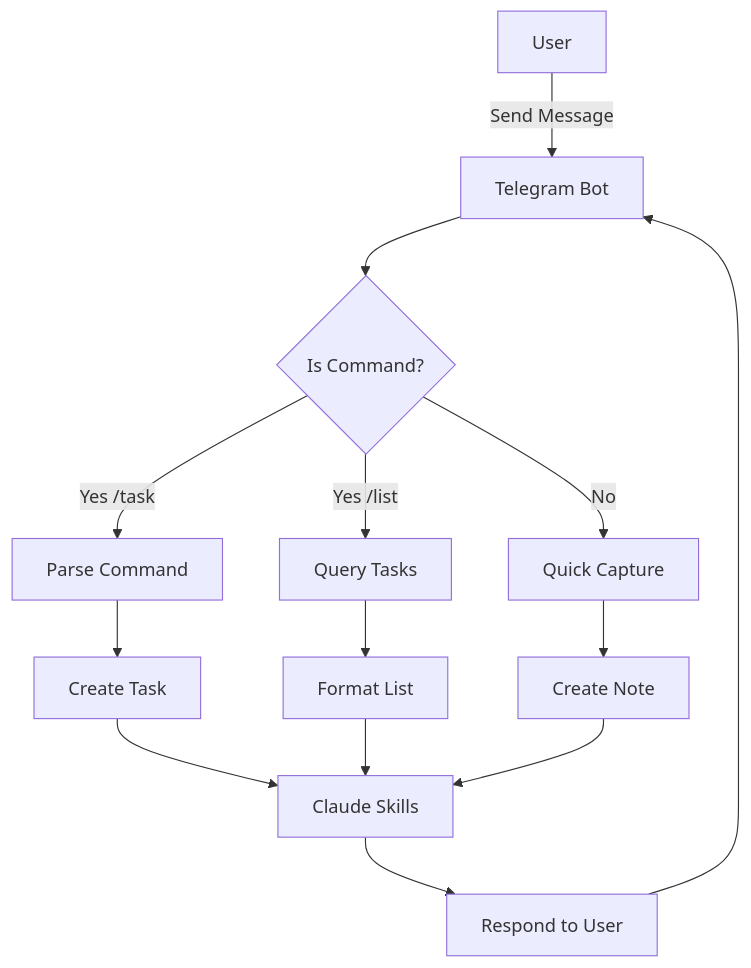
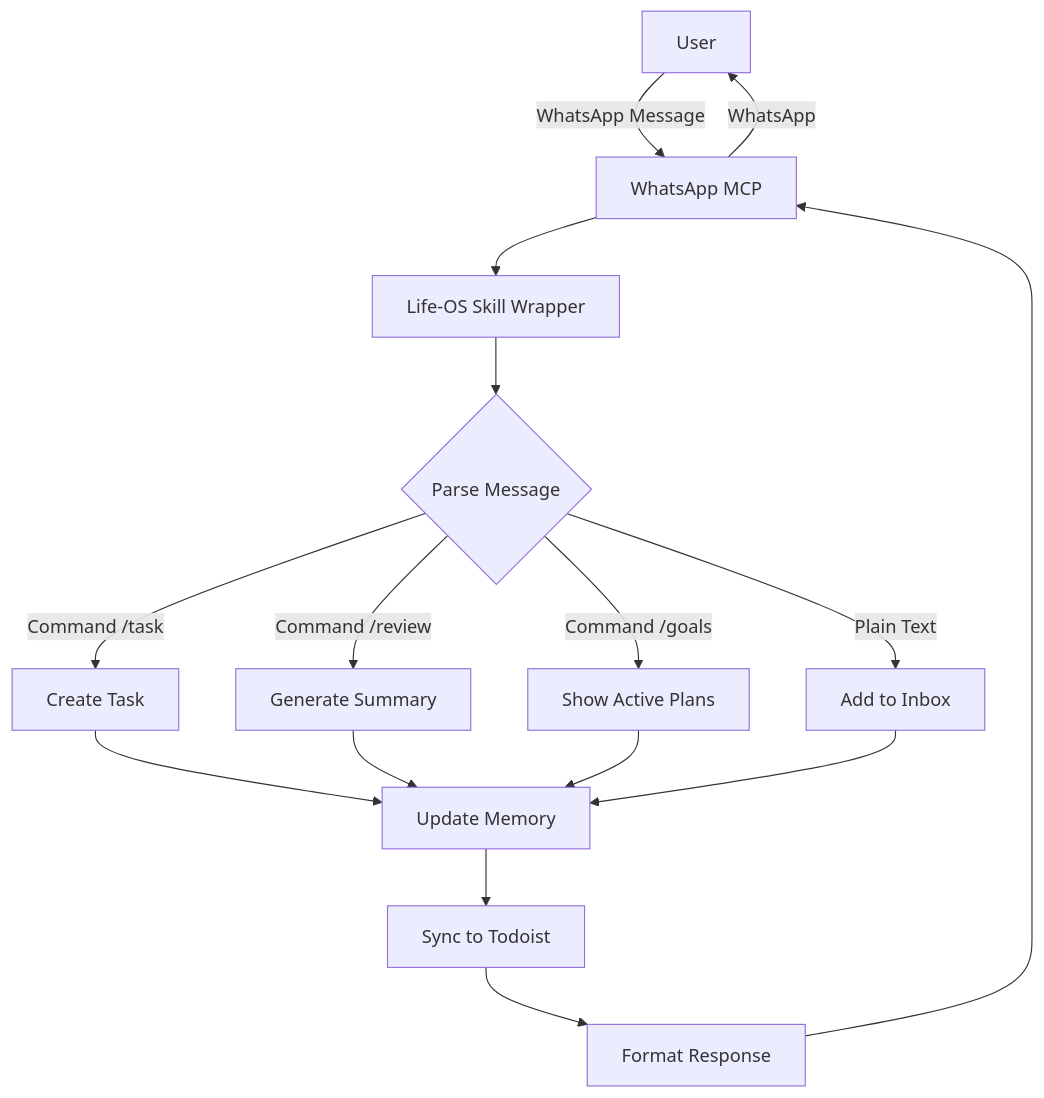
Diagram 13 of 25 in docs/integrations/data-flow-diagrams.md (natea/ExoMind), drawn with Mermaid before and after one commit. The commit also changed other lines of this file and 172 other files, not shown here.

````diff
--- a/docs/integrations/data-flow-diagrams.md
+++ b/docs/integrations/data-flow-diagrams.md
@@ -325,20 +329,21 @@
 ```mermaid
 graph TB
-    A[User] -->|Send Message| B[Telegram Bot]
-    B --> C{Is Command?}
+    A[User] -->|WhatsApp Message| B[WhatsApp MCP]
+    B --> C[Life-OS Skill Wrapper]
+    C --> D{Parse Message}
 
-    C -->|Yes /task| D[Parse Command]
-    C -->|Yes /list| E[Query Tasks]
-    C -->|No| F[Quick Capture]
+    D -->|Command /task| E[Create Task]
+    D -->|Command /review| F[Generate Summary]
+    D -->|Command /goals| G[Show Active Plans]
+    D -->|Plain Text| H[Add to Inbox]
 
-    D --> G[Create Task]
-    E --> H[Format List]
-    F --> I[Create Note]
+    E --> I[Update Memory]
+    F --> I
+    G --> I
+    H --> I
 
-    G --> J[Claude Skills]
-    H --> J
-    I --> J
-
-    J --> K[Respond to User]
+    I --> J[Sync to Todoist]
+    J --> K[Format Response]
     K --> B
+    B -->|WhatsApp| A
 ```
````
